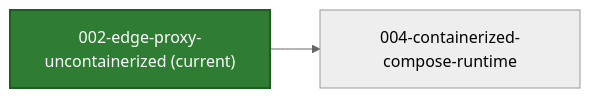
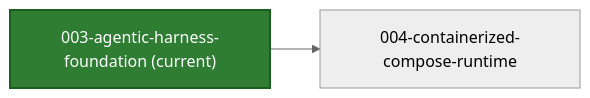
One commit to azure-octo/traderX changed the second of 2 diagrams in README.md. Above: the diagram before and after it, drawn with Mermaid (neutral theme). The commit also changed other lines of this file and 24 other files, not shown here.

First line of the commit message:
snapshot: 003-agentic-harness-foundation generated from a41e87908ebf8e9d2cd385280eacced32887bb1e

````diff
--- a/README.md
+++ b/README.md
@@ -52,9 +52,9 @@
 ```mermaid
 flowchart LR
-  C_CUR["002-edge-proxy-uncontainerized (current)"]
+  C_CUR["003-agentic-harness-foundation (current)"]
   style C_CUR fill:#2e7d32,stroke:#1b5e20,color:#ffffff,stroke-width:2px
   C_CUR --> C_NEXT_004_containerized_compose_runtime["004-containerized-compose-runtime"]
   click C_NEXT_004_containerized_compose_runtime href "https://github.com/finos/traderX/tree/code%2Fgenerated-state-004-containerized-compose-runtime" "Open branch"
-  %% compare: https://github.com/finos/traderX/compare/code%2Fgenerated-state-002-edge-proxy-uncontainerized...code%2Fgenerated-state-004-containerized-compose-runtime
-  click C_CUR href "https://github.com/finos/traderX/tree/code%2Fgenerated-state-002-edge-proxy-uncontainerized" "Open current branch"
+  %% compare: https://github.com/finos/traderX/compare/code%2Fgenerated-state-003-agentic-harness-foundation...code%2Fgenerated-state-004-containerized-compose-runtime
+  click C_CUR href "https://github.com/finos/traderX/tree/code%2Fgenerated-state-003-agentic-harness-foundation" "Open current branch"
 ```
````
